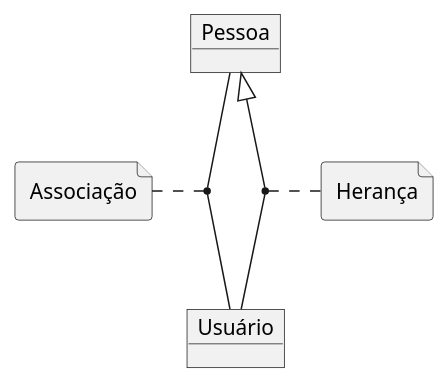
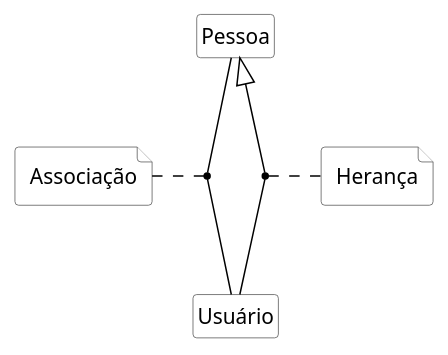
Before and after one commit to kyriosdata/oo: the diagram in imagens/modelos-07/mod07ima04/mod07ima04.plantuml, drawn with PlantUML. The commit also changed 4 other files, not shown here.

```diff
--- a/imagens/modelos-07/mod07ima04/mod07ima04.plantuml
+++ b/imagens/modelos-07/mod07ima04/mod07ima04.plantuml
@@ -1,12 +1,27 @@
 @startuml mod07ima04
+hide circle
+hide methods
+hide empty members
+
+skinparam class {
+    BackgroundColor White
+    ArrowColor Black
+    BorderColor #505050
+}
+
+skinparam file {
+    BackgroundColor White
+    ArrowColor Black
+    BorderColor #505050
+}
 allowmixing
-object "Pessoa" as pe
-object "Usuário" as us
+class "Pessoa" as pe
+class "Usuário" as us
 file "Associação" as ass
 file "Herança" as he
 
 pe -down- us
 (pe,us) .left. ass
 us -up-|> pe
 (us,pe) .right. he
 @enduml
```
